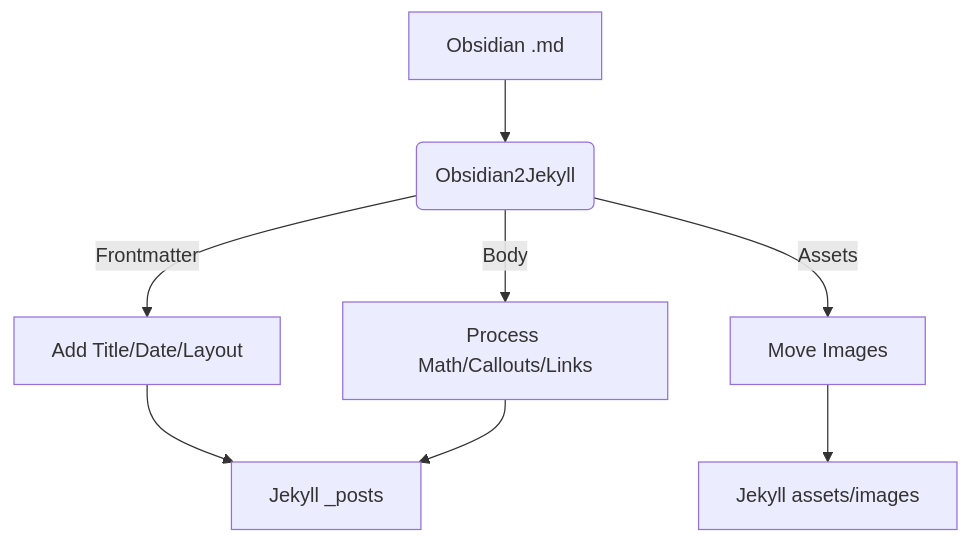
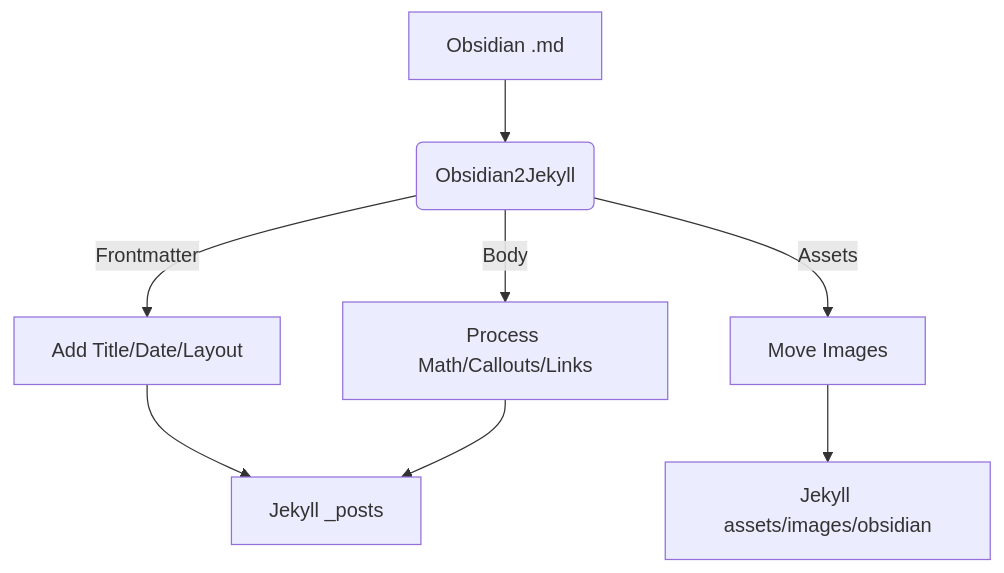
One commit to kckhchen/obsidian-2-jekyll changed the diagram in assets/docs/GUIDE.md. Above: the diagram before and after it, drawn with Mermaid. The commit also changed other lines of this file and 1 other file, not shown here.

````diff
--- a/assets/docs/GUIDE.md
+++ b/assets/docs/GUIDE.md
@@ -143,10 +148,10 @@
 ```mermaid
 graph TB
     A[Obsidian .md] --> B(Obsidian2Jekyll)
     B -->|Frontmatter| D[Add Title/Date/Layout]
     B -->|Body| E[Process Math/Callouts/Links]
     B -->|Assets| F[Move Images]
     D --> G[Jekyll _posts]
     E --> G
-    F --> H[Jekyll assets/images]
+    F --> H[Jekyll assets/images/obsidian]
 ```
````
